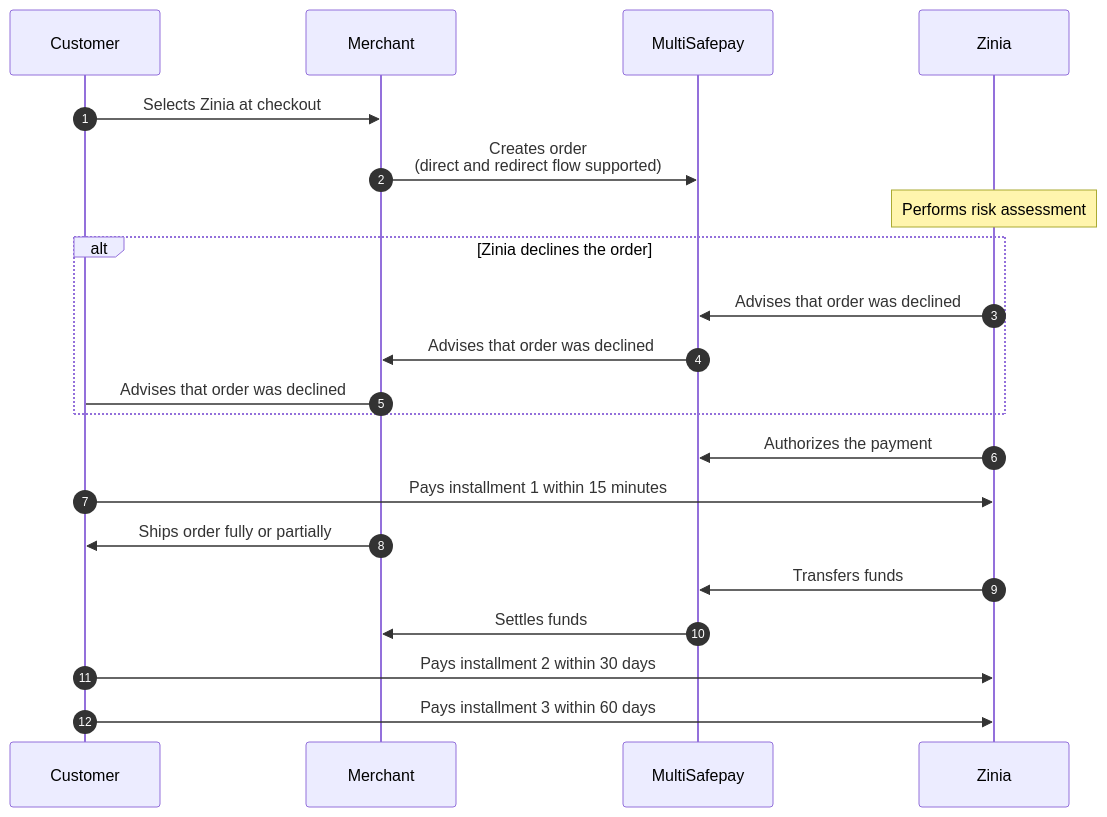
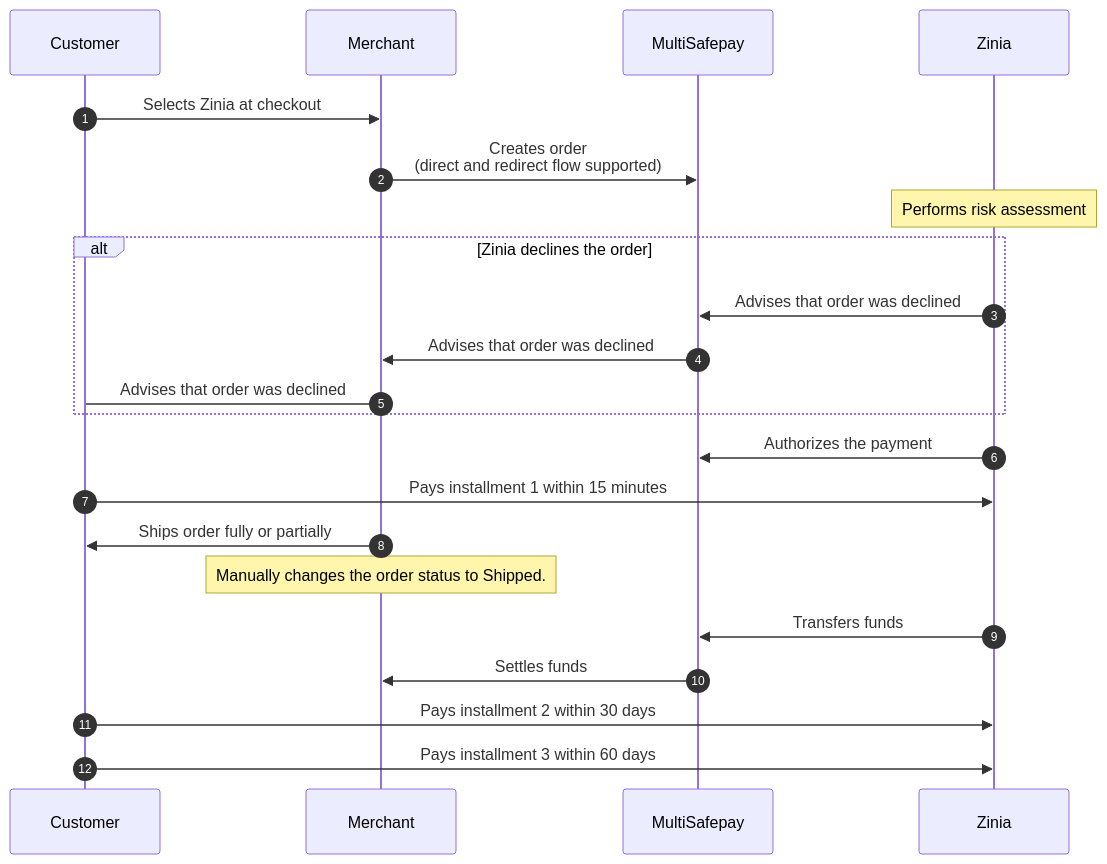
One commit to MultiSafepay/docs changed the diagram in static/diagrams/src/zinia-installment.mmd. Above: the diagram before and after it, drawn with Mermaid. The commit also changed 5 other files, not shown here.

Commit message:
DOCS-4009: Add updated Zinia flow

```diff
--- a/static/diagrams/src/zinia-installment.mmd
+++ b/static/diagrams/src/zinia-installment.mmd
@@ -1,22 +1,23 @@
 sequenceDiagram
     autonumber
     participant C as Customer
     participant Me as Merchant
     participant Mu as MultiSafepay
     participant Zi as Zinia
     C->>Me: Selects Zinia at checkout
     Me->>Mu: Creates order <br> (direct and redirect flow supported)
      Note over Zi: Performs risk assessment 
         alt Zinia declines the order 
     Zi->>Mu: Advises that order was declined
     Mu->>Me: Advises that order was declined
     Me->C: Advises that order was declined
  
     end
         Zi->>Mu: Authorizes the payment
     C->>Zi: Pays installment 1 within 15 minutes
     Me->>C: Ships order fully or partially
+     Note over Me: Manually changes the order status to Shipped.
     Zi->>Mu: Transfers funds
     Mu->>Me: Settles funds
     C->>Zi: Pays installment 2 within 30 days 
     C->>Zi: Pays installment 3 within 60 days 
```
